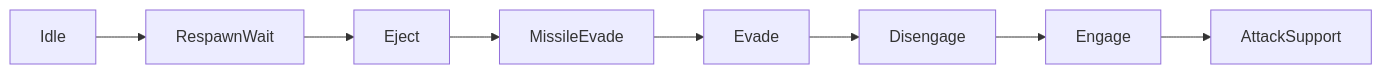
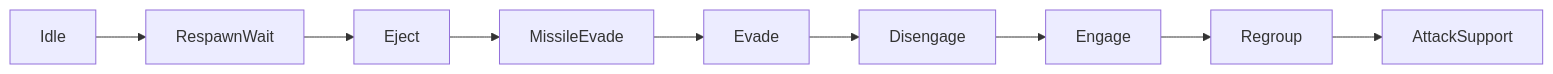
Before and after one commit to mhouse1/wingman: the third of 7 diagrams in docs/architecture.md, drawn with Mermaid. The commit also changed other lines of this file and 24 other files, not shown here.

````diff
--- a/docs/architecture.md
+++ b/docs/architecture.md
@@ -175,10 +175,11 @@
 ```mermaid
 flowchart LR
     A[Idle] --> B[RespawnWait]
     B --> C[Eject]
     C --> D[MissileEvade]
     D --> E[Evade]
     E --> F[Disengage]
     F --> G[Engage]
-    G --> H[AttackSupport]
+    G --> R[Regroup]
+    R --> H[AttackSupport]
 ```
````
